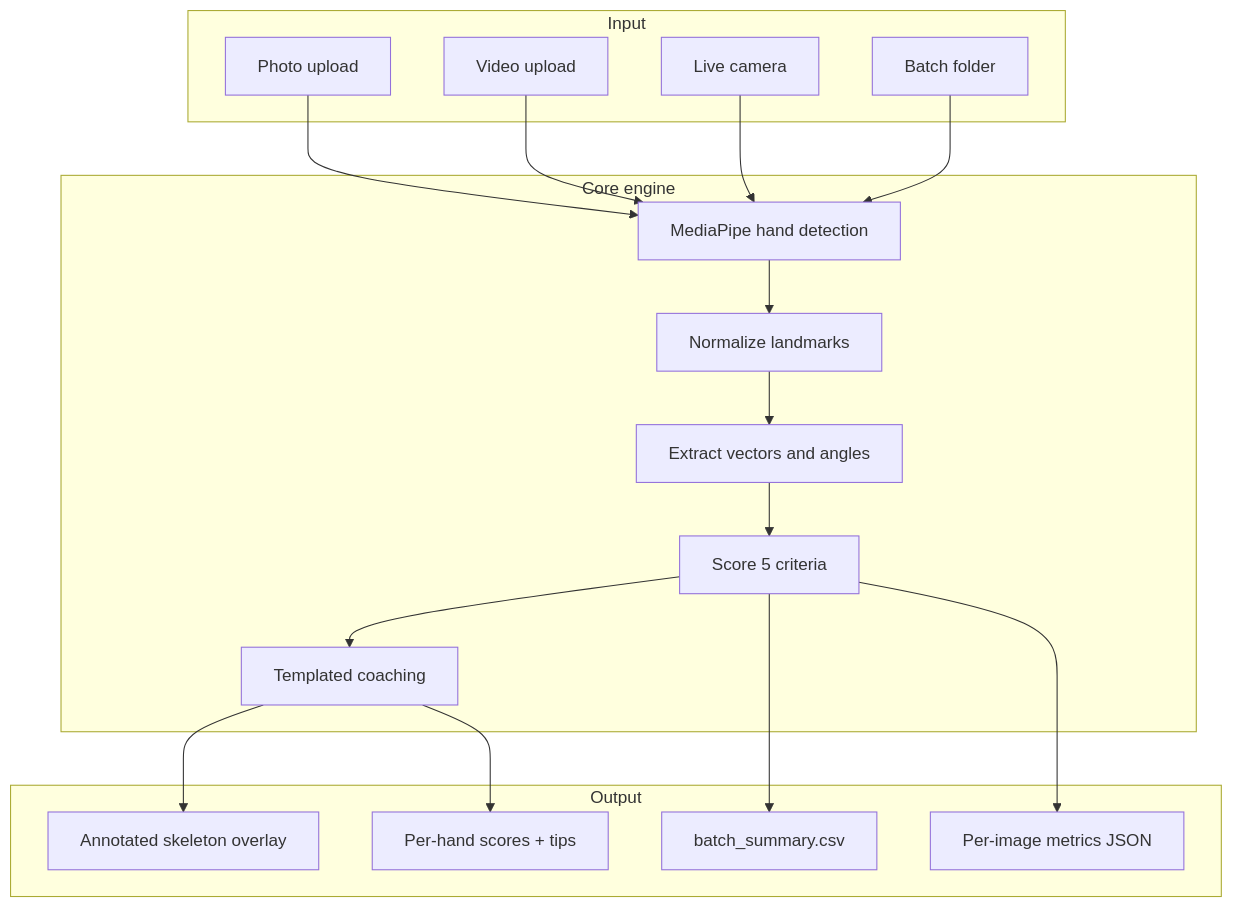
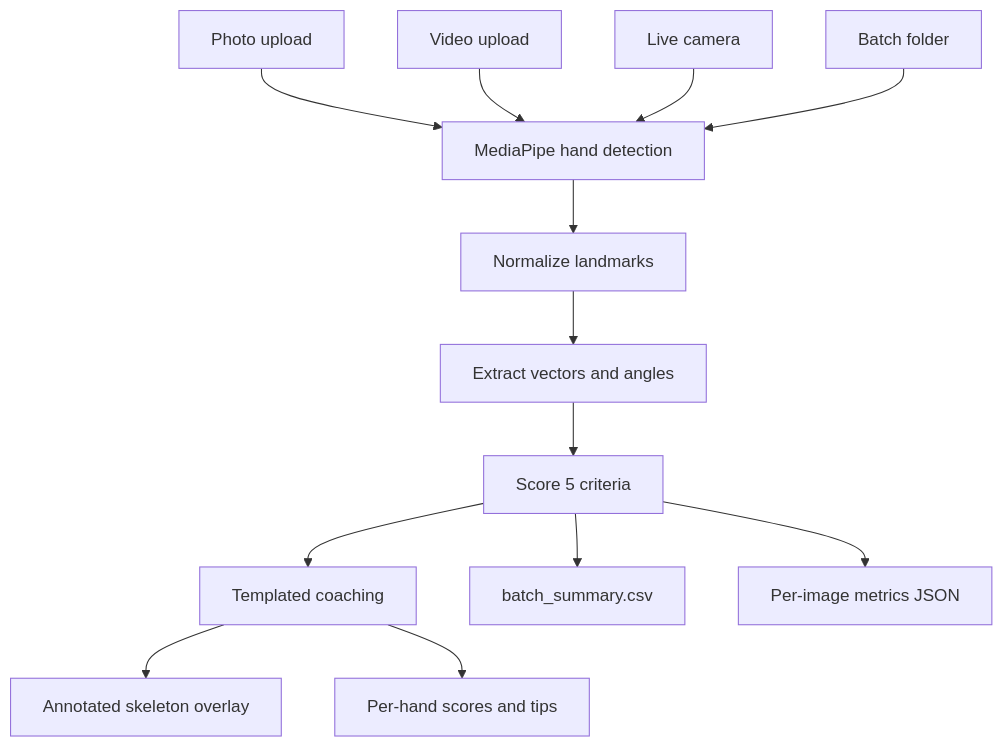
The diagram in README.md (defAaron/TechniqueTitan), drawn with Mermaid before and after one commit. The commit also changed 3 other files, not shown here.

````diff
--- a/README.md
+++ b/README.md
@@ -227,34 +227,15 @@
 ```mermaid
-flowchart TD
-    subgraph input [Input]
-        Photo[Photo upload]
-        Video[Video upload]
-        Live[Live camera]
-        Batch[Batch folder]
-    end
-
-    subgraph engine [Core engine]
-        Detect[MediaPipe hand detection]
-        Norm[Normalize landmarks]
-        Features[Extract vectors and angles]
-        Score[Score 5 criteria]
-        Coach[Templated coaching]
-    end
-
-    subgraph output [Output]
-        Overlay[Annotated skeleton overlay]
-        Panel[Per-hand scores + tips]
-        CSV[batch_summary.csv]
-        JSON[Per-image metrics JSON]
-    end
-
-    Photo --> Detect
-    Video --> Detect
-    Live --> Detect
-    Batch --> Detect
-    Detect --> Norm --> Features --> Score --> Coach
-    Coach --> Overlay
-    Coach --> Panel
-    Score --> CSV
-    Score --> JSON
+graph TD
+    Photo["Photo upload"] --> Detect["MediaPipe hand detection"]
+    Video["Video upload"] --> Detect
+    LiveCam["Live camera"] --> Detect
+    Batch["Batch folder"] --> Detect
+    Detect --> Norm["Normalize landmarks"]
+    Norm --> Features["Extract vectors and angles"]
+    Features --> Score["Score 5 criteria"]
+    Score --> Coach["Templated coaching"]
+    Coach --> Overlay["Annotated skeleton overlay"]
+    Coach --> Panel["Per-hand scores and tips"]
+    Score --> CSV["batch_summary.csv"]
+    Score --> JSON["Per-image metrics JSON"]
 ```
````
